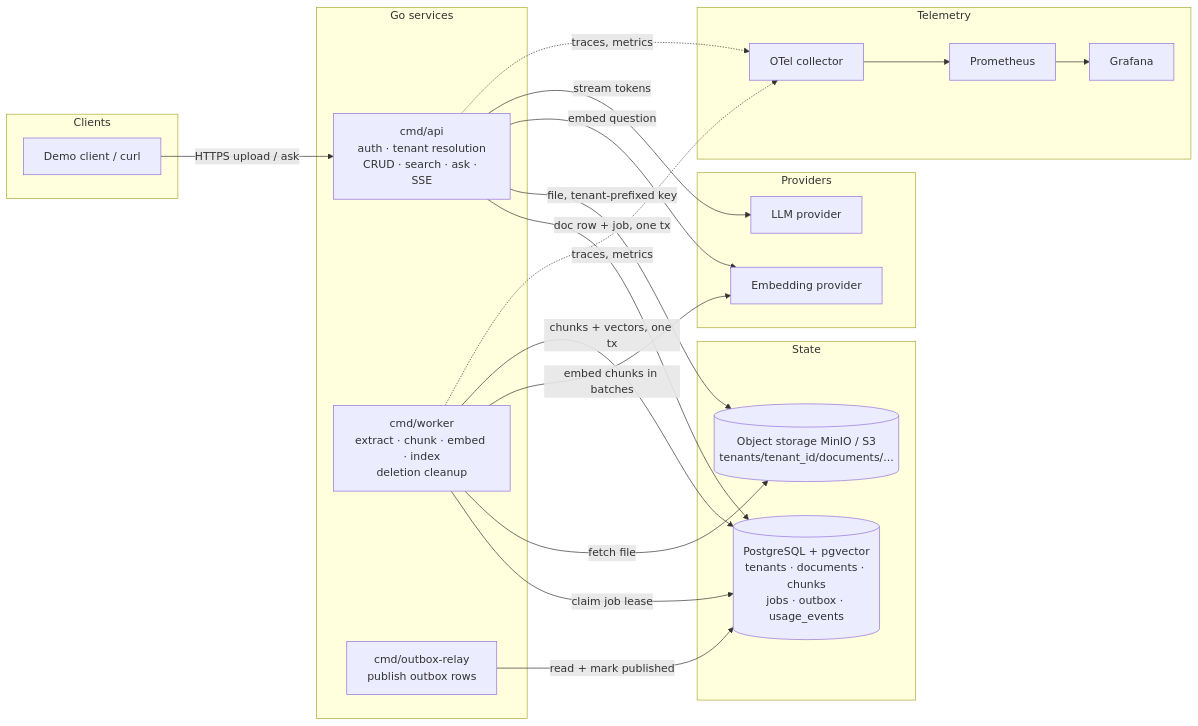
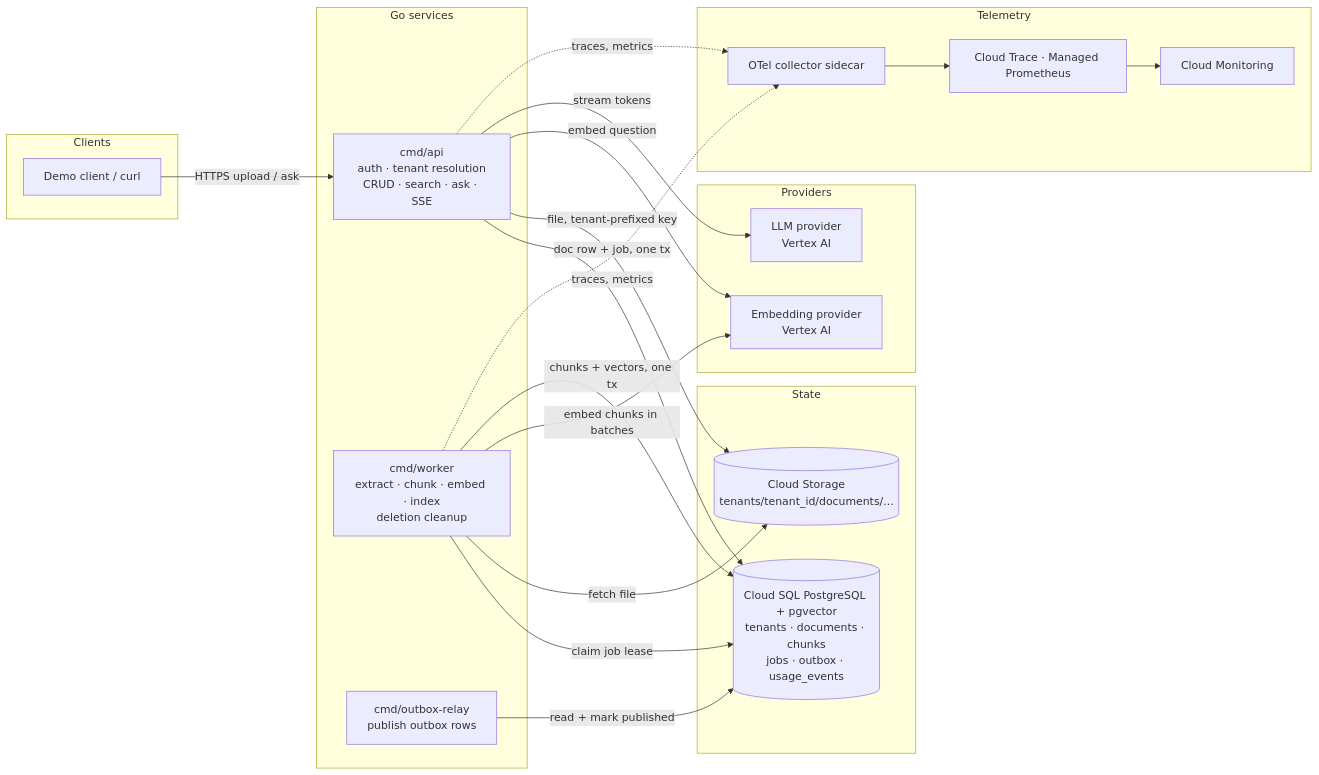
One commit to kavish924/multi-tenant-rag changed the first of 4 diagrams in docs/system-architecture.md. Above: the diagram before and after it, drawn with Mermaid. The commit also changed other lines of this file and 30 other files, not shown here.

````diff
--- a/docs/system-architecture.md
+++ b/docs/system-architecture.md
@@ -22,39 +22,39 @@
 ```mermaid
 flowchart LR
     subgraph Clients
         C[Demo client / curl]
     end
 
     subgraph Go services
         API[cmd/api<br/>auth · tenant resolution<br/>CRUD · search · ask · SSE]
         W[cmd/worker<br/>extract · chunk · embed · index<br/>deletion cleanup]
         R[cmd/outbox-relay<br/>publish outbox rows]
     end
 
     subgraph State
-        PG[(PostgreSQL + pgvector<br/>tenants · documents · chunks<br/>jobs · outbox · usage_events)]
-        S3[(Object storage MinIO / S3<br/>tenants/tenant_id/documents/...)]
+        PG[(Cloud SQL PostgreSQL + pgvector<br/>tenants · documents · chunks<br/>jobs · outbox · usage_events)]
+        S3[(Cloud Storage<br/>tenants/tenant_id/documents/...)]
     end
 
     subgraph Providers
-        EMB[Embedding provider]
-        LLM[LLM provider]
+        EMB[Embedding provider<br/>Vertex AI]
+        LLM[LLM provider<br/>Vertex AI]
     end
 
     subgraph Telemetry
-        OT[OTel collector] --> PROM[Prometheus] --> GRAF[Grafana]
+        OT[OTel collector sidecar] --> PROM[Cloud Trace · Managed Prometheus] --> GRAF[Cloud Monitoring]
     end
 
     C -->|HTTPS upload / ask| API
     API -->|doc row + job, one tx| PG
     API -->|file, tenant-prefixed key| S3
     API -->|embed question| EMB
     API -->|stream tokens| LLM
     W -->|claim job lease| PG
     W -->|fetch file| S3
     W -->|embed chunks in batches| EMB
     W -->|chunks + vectors, one tx| PG
     R -->|read + mark published| PG
     API -.->|traces, metrics| OT
     W -.->|traces, metrics| OT
 ```
````
